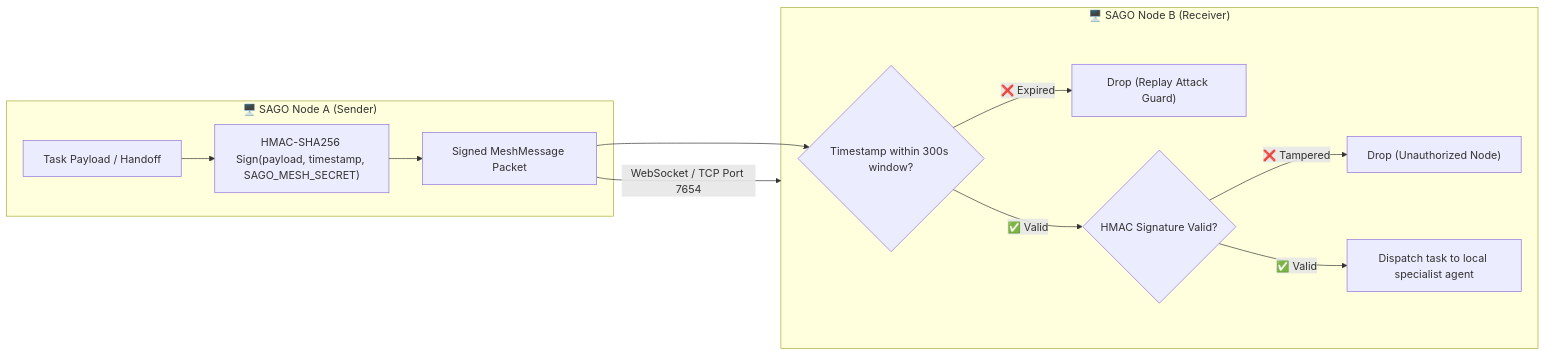
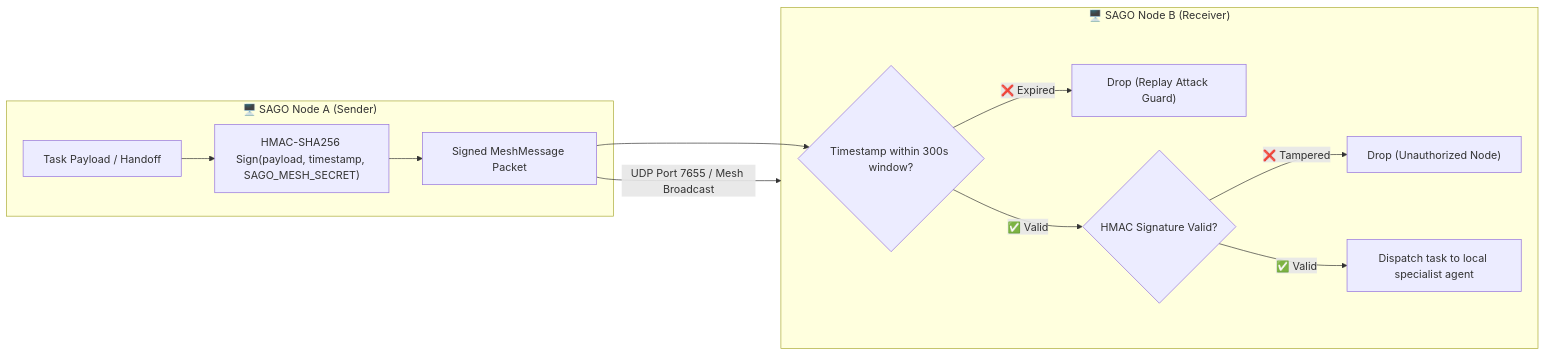
The ninth of 9 diagrams in docs/FLOWS.md (SAGO-AUTOMATES/SAGO-Agent), drawn with Mermaid before and after one commit. The commit also changed 5 other files, not shown here.

````diff
--- a/docs/FLOWS.md
+++ b/docs/FLOWS.md
@@ -266,17 +266,17 @@
 ```mermaid
 flowchart LR
     subgraph NodeA["🖥️ SAGO Node A (Sender)"]
         Msg["Task Payload / Handoff"] --> Sign["HMAC-SHA256 Sign(payload, timestamp, SAGO_MESH_SECRET)"]
         Sign --> Packet["Signed MeshMessage Packet"]
     end
     
-    Packet -->|WebSocket / TCP Port 7654| NodeB
+    Packet -->|UDP Port 7655 / Mesh Broadcast| NodeB
     
     subgraph NodeB["🖥️ SAGO Node B (Receiver)"]
         Packet --> VerifyTime{"Timestamp within 300s window?"}
         VerifyTime -->|❌ Expired| DropReplay["Drop (Replay Attack Guard)"]
         VerifyTime -->|✅ Valid| VerifyHMAC{"HMAC Signature Valid?"}
         VerifyHMAC -->|❌ Tampered| DropUntrusted["Drop (Unauthorized Node)"]
         VerifyHMAC -->|✅ Valid| Dispatch["Dispatch task to local specialist agent"]
     end
 ```
````
